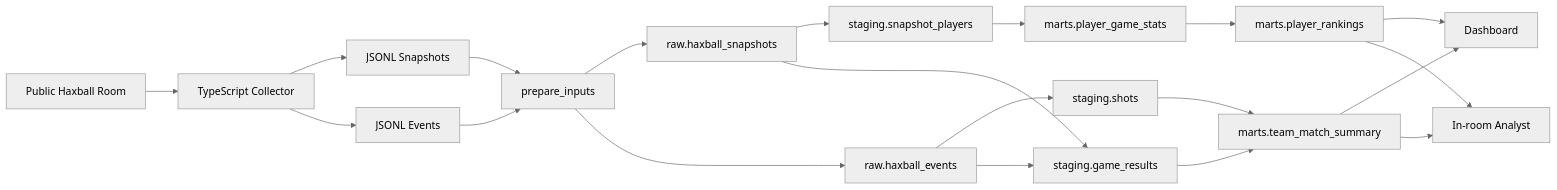
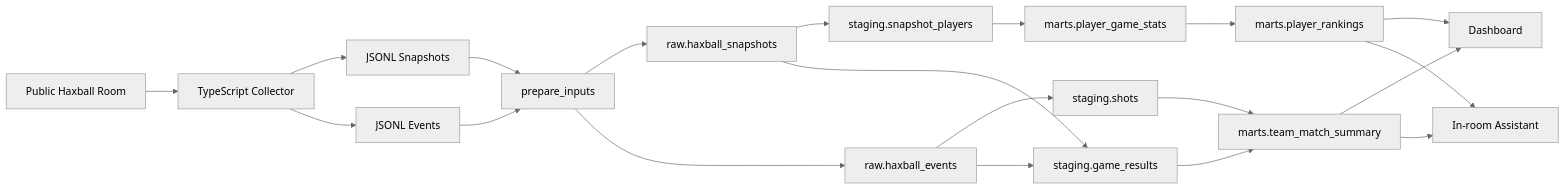
The first of 2 diagrams in README.md (denizardaslan/haxball_analytics), drawn with Mermaid (neutral theme) before and after one commit. The commit also changed other lines of this file, not shown here.

Commit message:
Clarify in-room analytics assistant

````diff
--- a/README.md
+++ b/README.md
@@ -39,22 +39,22 @@
 ```mermaid
 flowchart LR
   A["Public Haxball Room"] --> B["TypeScript Collector"]
   B --> C["JSONL Snapshots"]
   B --> D["JSONL Events"]
   C --> E["prepare_inputs"]
   D --> E
   E --> F["raw.haxball_snapshots"]
   E --> G["raw.haxball_events"]
   F --> H["staging.snapshot_players"]
   G --> I["staging.shots"]
   F --> J["staging.game_results"]
   G --> J
   H --> K["marts.player_game_stats"]
   I --> L["marts.team_match_summary"]
   J --> L
   K --> M["marts.player_rankings"]
   M --> N["Dashboard"]
   L --> N
-  M --> O["In-room Analyst"]
+  M --> O["In-room Assistant"]
   L --> O
 ```
````
